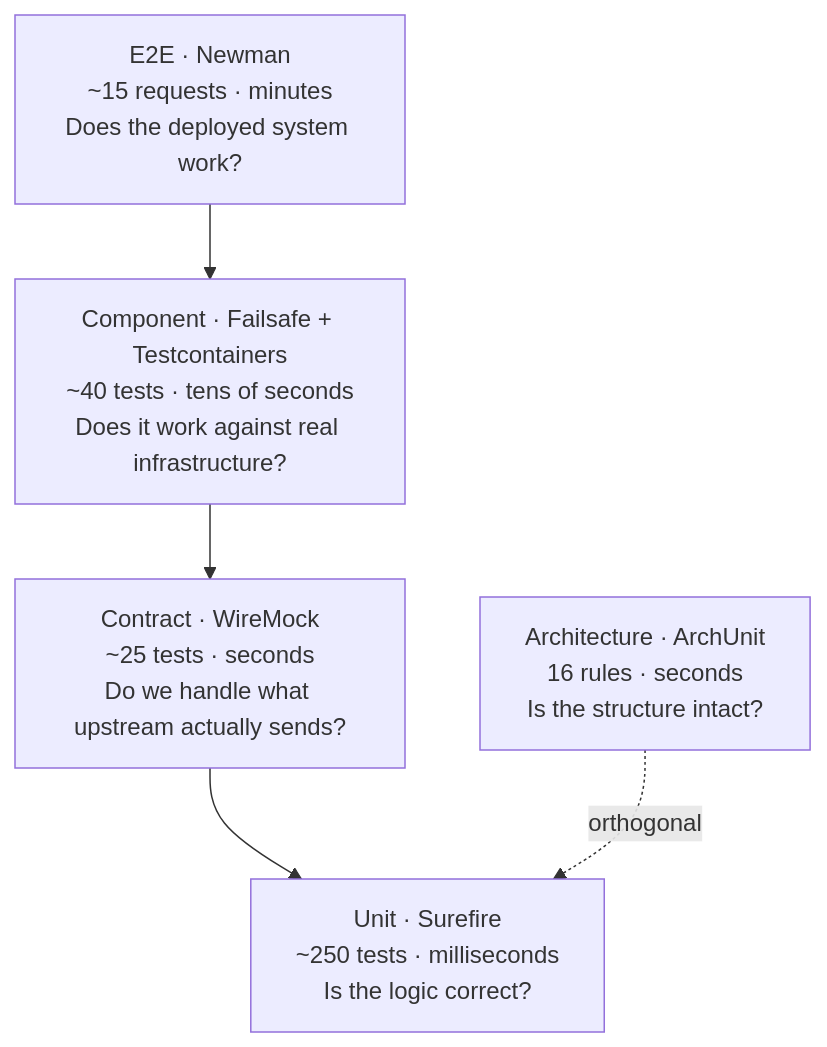
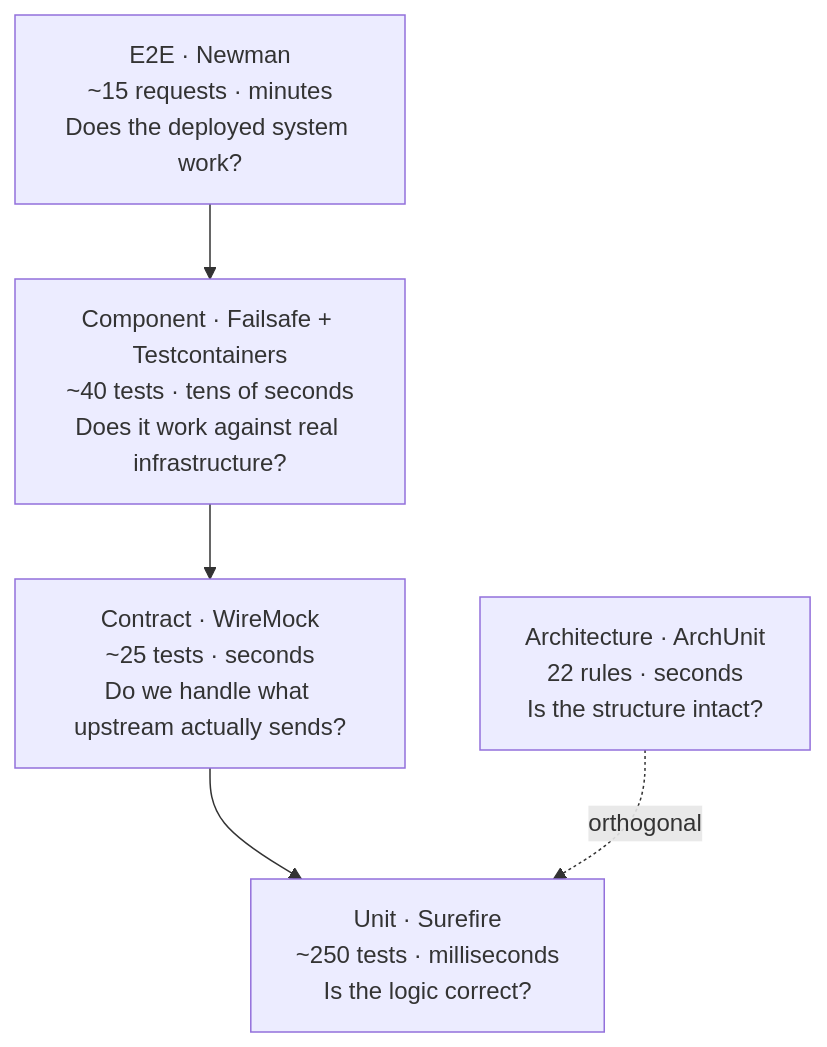
One commit to davidmtzenciso/pokedex-api changed the diagram in docs/handbook/testing-pyramid.md. Above: the diagram before and after it, drawn with Mermaid. The commit also changed other lines of this file and 41 other files, not shown here.

````diff
--- a/docs/handbook/testing-pyramid.md
+++ b/docs/handbook/testing-pyramid.md
@@ -6,10 +6,10 @@
 ```mermaid
 flowchart TD
     E["E2E · Newman<br/>~15 requests · minutes<br/>Does the deployed system work?"]
     C["Component · Failsafe + Testcontainers<br/>~40 tests · tens of seconds<br/>Does it work against real infrastructure?"]
     I["Contract · WireMock<br/>~25 tests · seconds<br/>Do we handle what upstream actually sends?"]
     U["Unit · Surefire<br/>~250 tests · milliseconds<br/>Is the logic correct?"]
-    A["Architecture · ArchUnit<br/>16 rules · seconds<br/>Is the structure intact?"]
+    A["Architecture · ArchUnit<br/>22 rules · seconds<br/>Is the structure intact?"]
     E --> C --> I --> U
     A -.->|orthogonal| U
 ```
````
